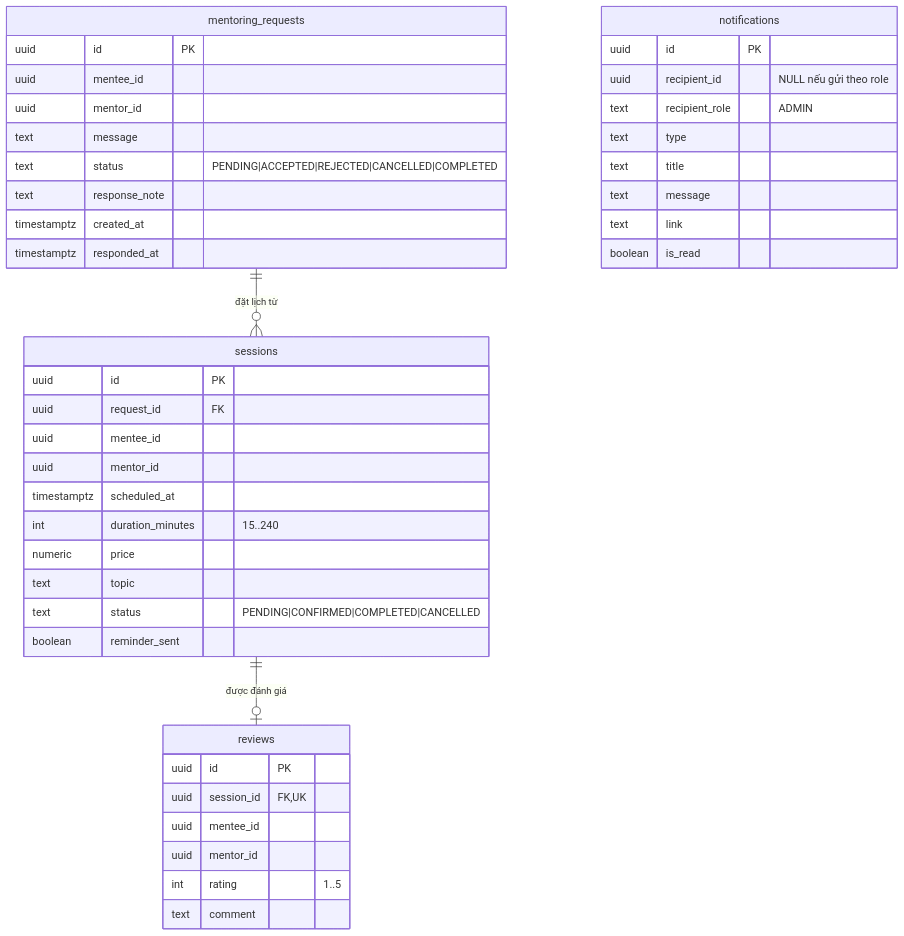
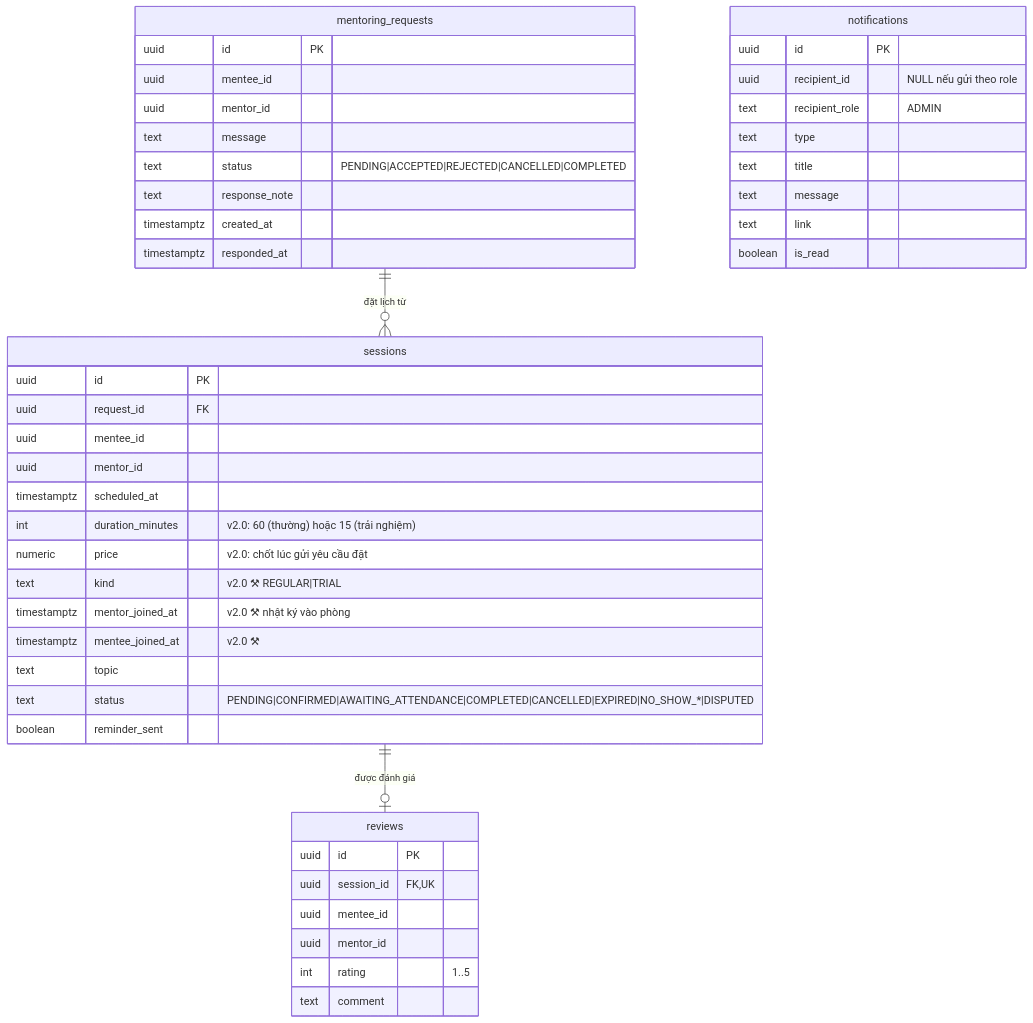
One commit to quangpham10212004/do_an_2026 changed the fourth of 8 diagrams in docs/database-design.md. Above: the diagram before and after it, drawn with Mermaid. The commit also changed other lines of this file and 8 other files, not shown here.

First line of the commit message:
docs: bản chốt nghiệp vụ v2.0 (ví VND, cấp độ + khung giá, buổi trải nghiệm, phòng học, huỷ 3 bậc, referral theo mentor)

````diff
--- a/docs/database-design.md
+++ b/docs/database-design.md
@@ -152,46 +159,49 @@
 ```mermaid
 erDiagram
     mentoring_requests ||--o{ sessions : "đặt lịch từ"
     sessions ||--o| reviews : "được đánh giá"
 
     mentoring_requests {
         uuid id PK
         uuid mentee_id
         uuid mentor_id
         text message
         text status "PENDING|ACCEPTED|REJECTED|CANCELLED|COMPLETED"
         text response_note
         timestamptz created_at
         timestamptz responded_at
     }
     sessions {
         uuid id PK
         uuid request_id FK
         uuid mentee_id
         uuid mentor_id
         timestamptz scheduled_at
-        int duration_minutes "15..240"
-        numeric price
+        int duration_minutes "v2.0: 60 (thường) hoặc 15 (trải nghiệm)"
+        numeric price "v2.0: chốt lúc gửi yêu cầu đặt"
+        text kind "v2.0 ⚒ REGULAR|TRIAL"
+        timestamptz mentor_joined_at "v2.0 ⚒ nhật ký vào phòng"
+        timestamptz mentee_joined_at "v2.0 ⚒"
         text topic
-        text status "PENDING|CONFIRMED|COMPLETED|CANCELLED"
+        text status "PENDING|CONFIRMED|AWAITING_ATTENDANCE|COMPLETED|CANCELLED|EXPIRED|NO_SHOW_*|DISPUTED"
         boolean reminder_sent
     }
     reviews {
         uuid id PK
         uuid session_id FK,UK
         uuid mentee_id
         uuid mentor_id
         int rating "1..5"
         text comment
     }
     notifications {
         uuid id PK
         uuid recipient_id "NULL nếu gửi theo role"
         text recipient_role "ADMIN"
         text type
         text title
         text message
         text link
         boolean is_read
     }
 ```
````
